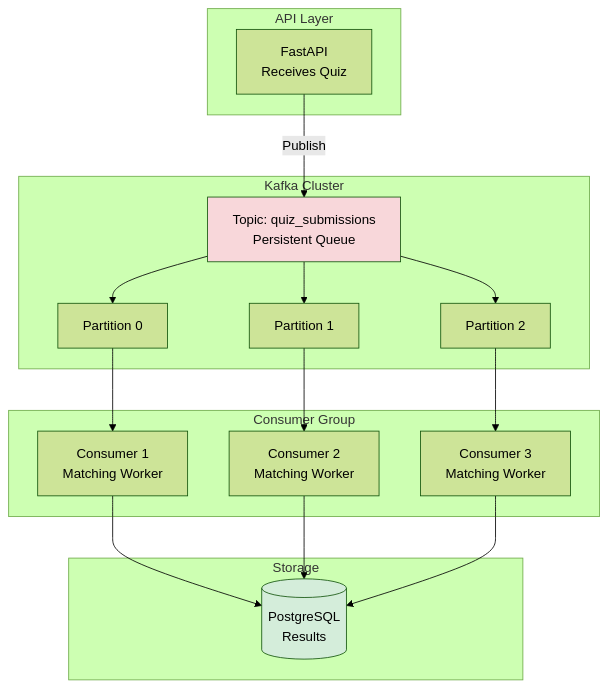
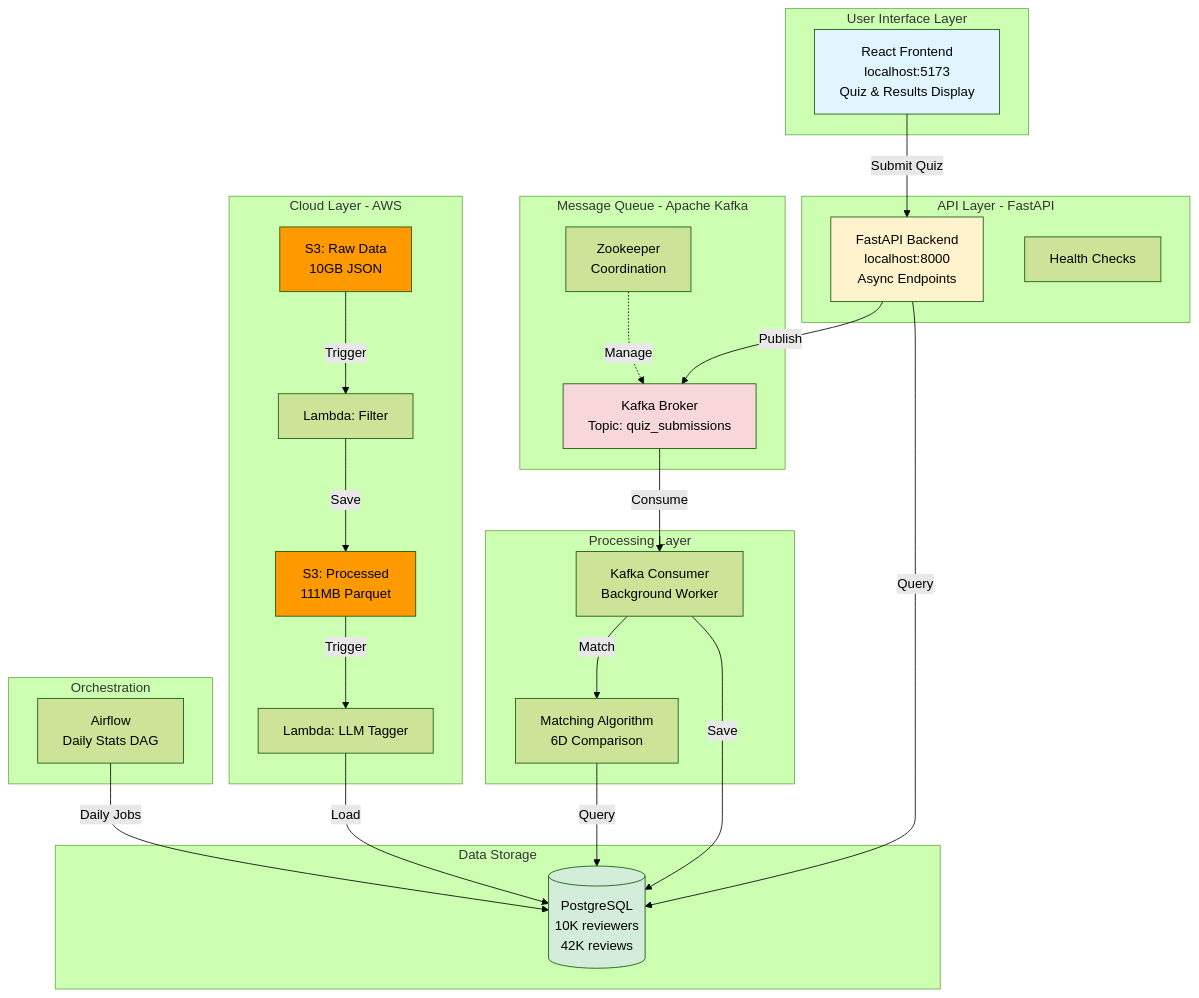
The seventh of 9 diagrams in README.md (Vihaan8/final_project), drawn with Mermaid (forest theme) before and after one commit. The commit also changed other lines of this file, not shown here.

First line of the commit message:
Complete README rewrite: Comprehensive data architecture documentation

````diff
--- a/README.md
+++ b/README.md
@@ -788,39 +1031,60 @@
 ```mermaid
 graph TB
-    subgraph "API Layer"
-        API[FastAPI<br/>Receives Quiz]
+    subgraph "User Interface Layer"
+        UI[React Frontend<br/>localhost:5173<br/>Quiz & Results Display]
     end
     
-    subgraph "Kafka Cluster"
-        Topic[Topic: quiz_submissions<br/>Persistent Queue]
-        Partition1[Partition 0]
-        Partition2[Partition 1]
-        Partition3[Partition 2]
+    subgraph "API Layer - FastAPI"
+        API[FastAPI Backend<br/>localhost:8000<br/>Async Endpoints]
+        Health[Health Checks]
     end
     
-    subgraph "Consumer Group"
-        C1[Consumer 1<br/>Matching Worker]
-        C2[Consumer 2<br/>Matching Worker]
-        C3[Consumer 3<br/>Matching Worker]
+    subgraph "Message Queue - Apache Kafka"
+        Kafka[Kafka Broker<br/>Topic: quiz_submissions]
+        Zoo[Zookeeper<br/>Coordination]
     end
     
-    subgraph "Storage"
-        DB[(PostgreSQL<br/>Results)]
+    subgraph "Processing Layer"
+        Consumer[Kafka Consumer<br/>Background Worker]
+        Matcher[Matching Algorithm<br/>6D Comparison]
     end
     
-    API -->|Publish| Topic
-    Topic --> Partition1
-    Topic --> Partition2
-    Topic --> Partition3
+    subgraph "Data Storage"
+        PG[(PostgreSQL<br/>10K reviewers<br/>42K reviews)]
+    end
     
-    Partition1 --> C1
-    Partition2 --> C2
-    Partition3 --> C3
+    subgraph "Cloud Layer - AWS"
+        S3Raw[S3: Raw Data<br/>10GB JSON]
+        S3Proc[S3: Processed<br/>111MB Parquet]
+        Lambda1[Lambda: Filter]
+        Lambda2[Lambda: LLM Tagger]
+    end
     
-    C1 --> DB
-    C2 --> DB
-    C3 --> DB
+    subgraph "Orchestration"
+        Airflow[Airflow<br/>Daily Stats DAG]
+    end
     
-    style Topic fill:#f8d7da
-    style DB fill:#d4edda
+    UI -->|Submit Quiz| API
+    API -->|Publish| Kafka
+    Kafka -->|Consume| Consumer
+    Consumer -->|Match| Matcher
+    Matcher -->|Query| PG
+    Consumer -->|Save| PG
+    API -->|Query| PG
+    
+    S3Raw -->|Trigger| Lambda1
+    Lambda1 -->|Save| S3Proc
+    S3Proc -->|Trigger| Lambda2
+    Lambda2 -->|Load| PG
+    
+    Airflow -->|Daily Jobs| PG
+    
+    Zoo -.->|Manage| Kafka
+    
+    style UI fill:#e1f5ff
+    style API fill:#fff3cd
+    style Kafka fill:#f8d7da
+    style PG fill:#d4edda
+    style S3Raw fill:#FF9900
+    style S3Proc fill:#FF9900
 ```
````
